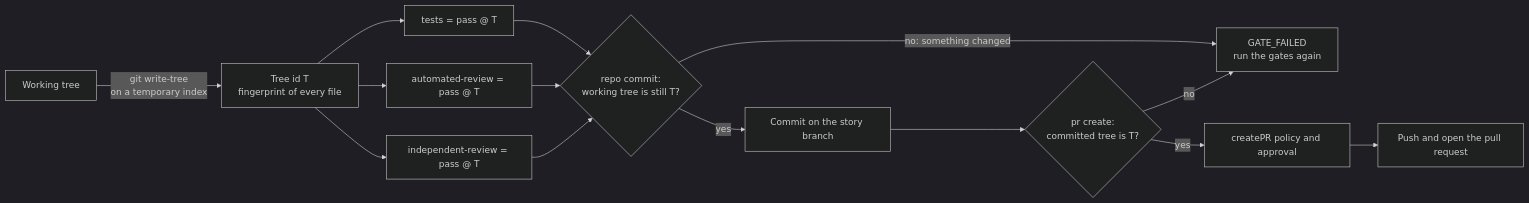
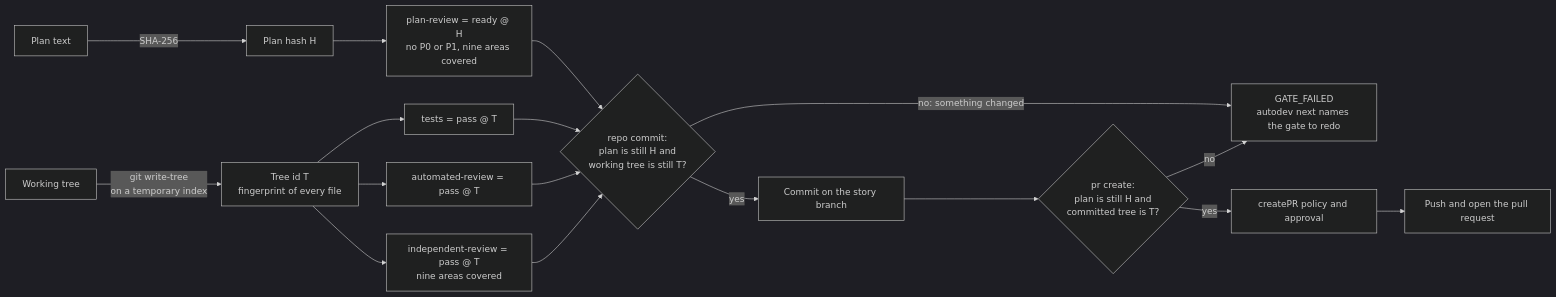
One commit to balapininti/Copilot-CLI-Auto-Developer changed the sixth of 16 diagrams in docs/diagrams.md. Above: the diagram before and after it, drawn with Mermaid (dark theme). The commit also changed other lines of this file and 1 other file, not shown here.

First line of the commit message:
Update the architecture page and diagrams

````diff
--- a/docs/diagrams.md
+++ b/docs/diagrams.md
@@ -213,16 +233,19 @@
 ```mermaid
 flowchart LR
+    plan["Plan text"] -- "SHA-256" --> ph["Plan hash H"]
+    ph --> g0["plan-review = ready @ H<br/>no P0 or P1, nine areas covered"]
     wt["Working tree"] -- "git write-tree<br/>on a temporary index" --> tid["Tree id T<br/>fingerprint of every file"]
     tid --> g1["tests = pass @ T"]
     tid --> g2["automated-review = pass @ T"]
-    tid --> g3["independent-review = pass @ T"]
-    g1 --> commit{"repo commit:<br/>working tree is still T?"}
+    tid --> g3["independent-review = pass @ T<br/>nine areas covered"]
+    g0 --> commit{"repo commit:<br/>plan is still H and<br/>working tree is still T?"}
+    g1 --> commit
     g2 --> commit
     g3 --> commit
-    commit -- "no: something changed" --> rerun["GATE_FAILED<br/>run the gates again"]
+    commit -- "no: something changed" --> rerun["GATE_FAILED<br/>autodev next names the gate to redo"]
     commit -- yes --> c["Commit on the story branch"]
-    c --> pr{"pr create:<br/>committed tree is T?"}
+    c --> pr{"pr create:<br/>plan is still H and<br/>committed tree is T?"}
     pr -- no --> rerun
     pr -- yes --> policy["createPR policy and approval"]
     policy --> push["Push and open the pull request"]
 ```
````
